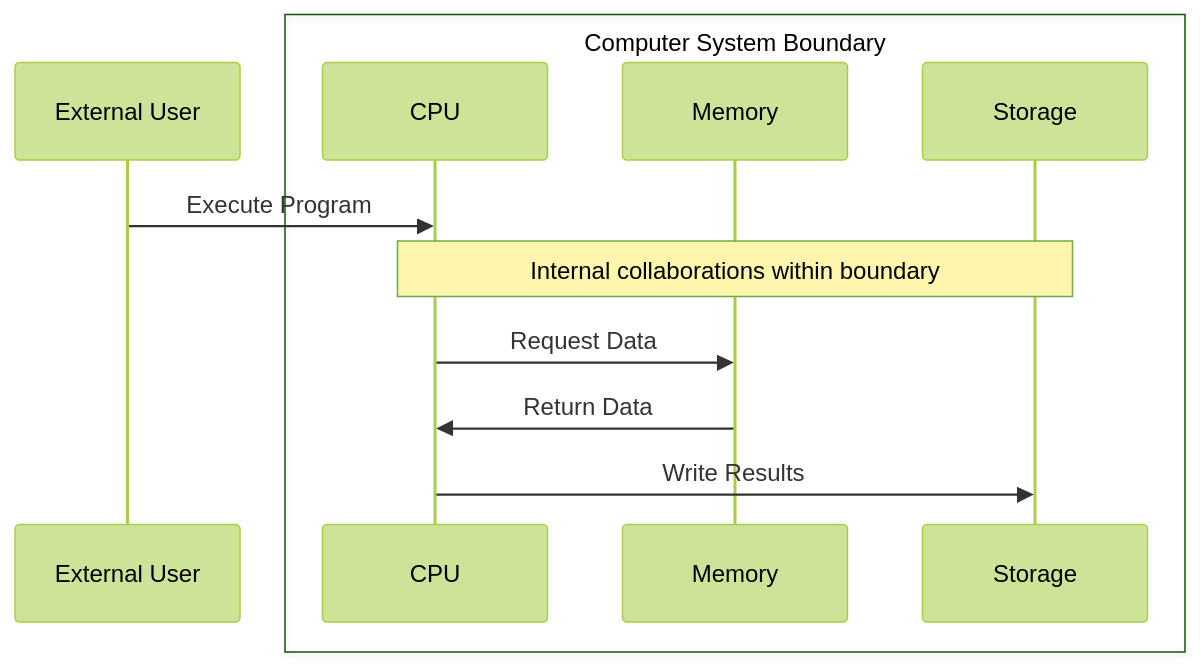
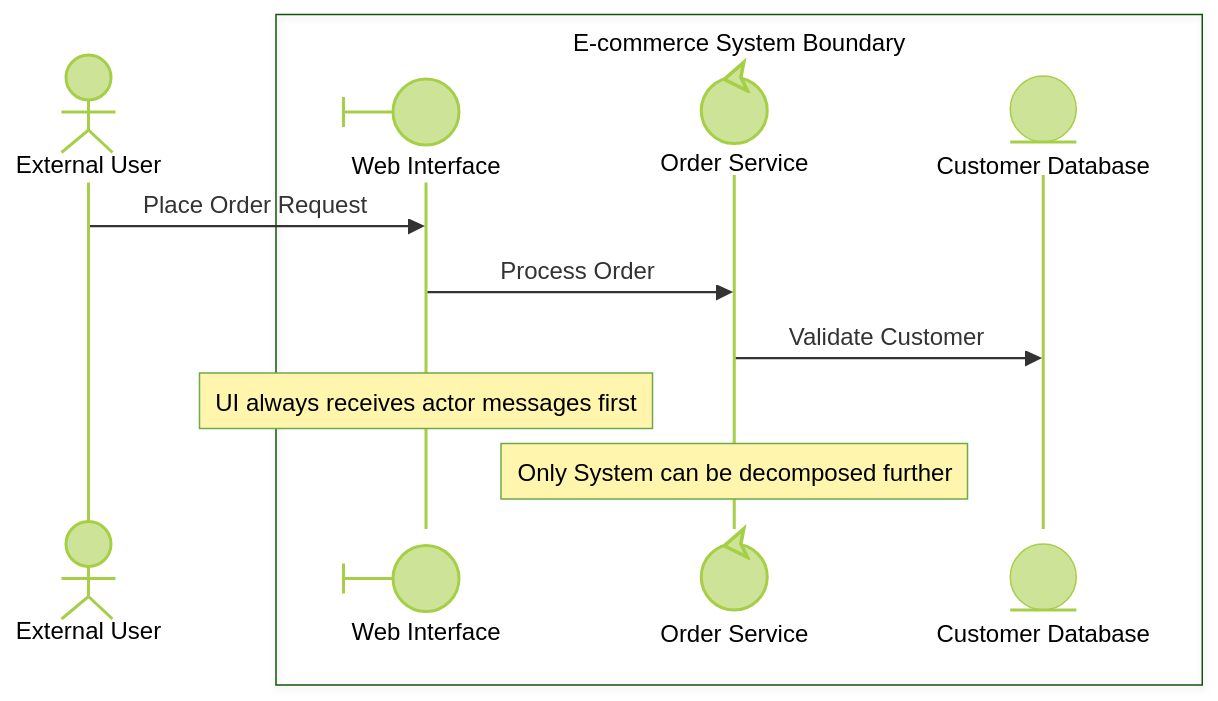
Before and after one commit to zhongadamwang/AI_Slowcooker: the first of 2 diagrams in OrgDocument/projects/03 - Building Skills Iteration 2/artifacts/Requirements/initial-requirements.md, drawn with Mermaid (forest theme). The commit also changed other lines of this file and 2 other files, not shown here.

````diff
--- a/OrgDocument/projects/03 - Building Skills Iteration 2/artifacts/Requirements/initial-requirements.md
+++ b/OrgDocument/projects/03 - Building Skills Iteration 2/artifacts/Requirements/initial-requirements.md
@@ -53,17 +69,17 @@
 ```mermaid
 sequenceDiagram
-    participant User as External User
+    participant User@{ "type" : "actor" } as External User
     
-    box Computer System Boundary
-        participant CPU
-        participant Memory  
-        participant Storage
+    box E-commerce System Boundary
+        participant WebUI@{ "type" : "boundary" } as Web Interface
+        participant OrderService@{ "type" : "control" } as Order Service
+        participant CustomerDB@{ "type" : "entity" } as Customer Database
     end
     
-    User->>CPU: Execute Program
+    User->>WebUI: Place Order Request
+    WebUI->>OrderService: Process Order
+    OrderService->>CustomerDB: Validate Customer
     
-    Note over CPU,Storage: Internal collaborations within boundary
-    CPU->>Memory: Request Data
-    Memory->>CPU: Return Data
-    CPU->>Storage: Write Results
+    Note over WebUI: UI always receives actor messages first
+    Note over OrderService: Only System can be decomposed further
 ```
````
